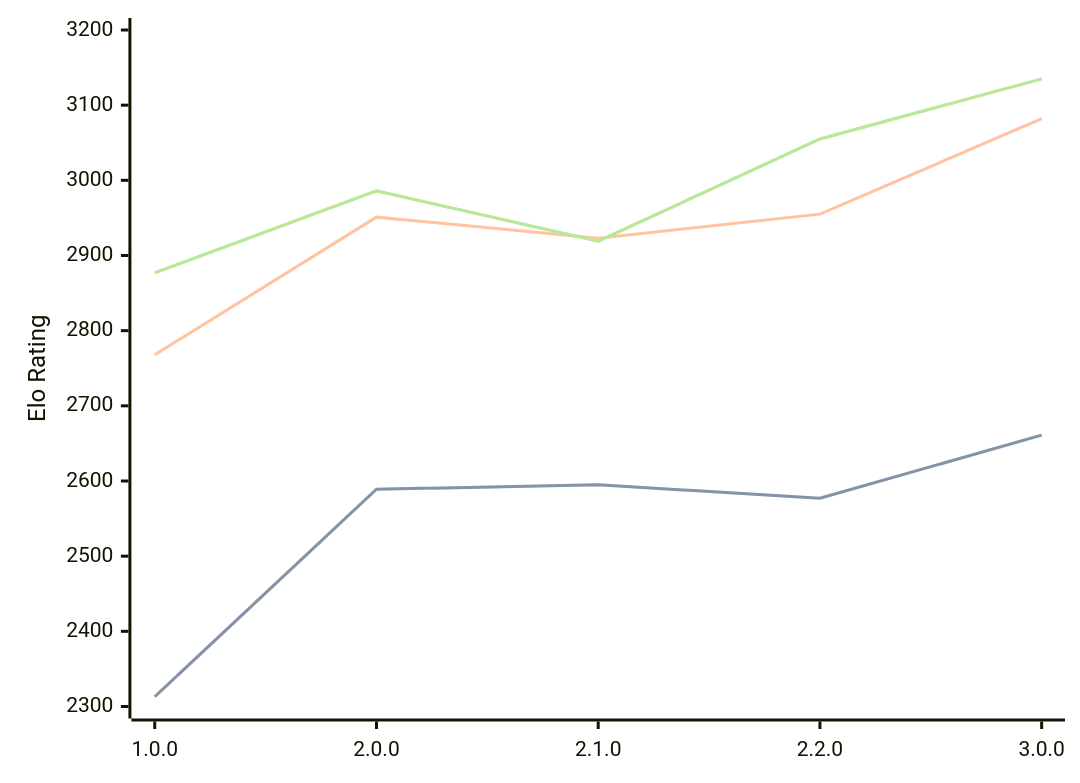
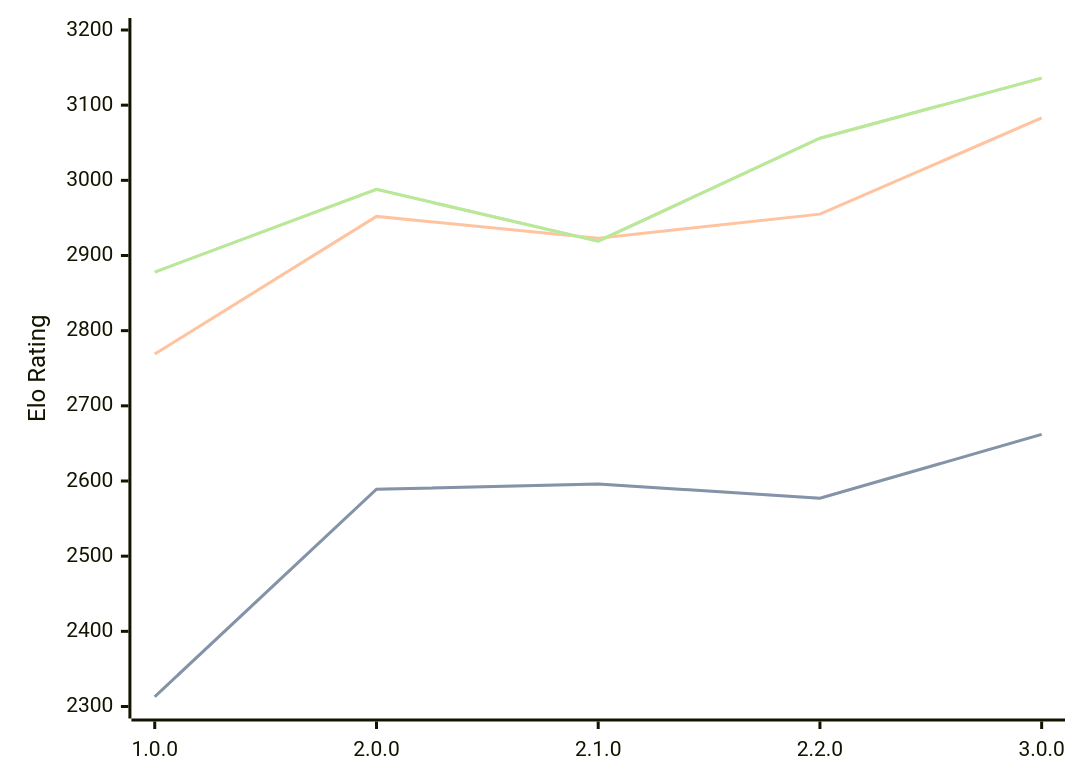
Before and after one commit to computer-chess-index/cci: the diagram in engines/Catalyst.md, drawn with Mermaid. The commit also changed other lines of this file, not shown here.

Commit message:
Update CCI Ratings (ELO VLTC) - 2026-09-13

````diff
--- a/engines/Catalyst.md
+++ b/engines/Catalyst.md
@@ -36,11 +36,11 @@
 ```mermaid
 %%{init: {"theme":"base","themeVariables":{"seriesColors:['#a3a3a3','#222221','#faa371']}}}%%
 xychart-beta
   x-axis ["1.0.0", "2.0.0", "2.1.0", "2.2.0", "3.0.0"]
   y-axis "Elo Rating" 2300 --> 3200
-  line "" [2313, 2589, 2595, 2577, 2661]
-  line "STC (8.0+0.08s)" [2313, 2589, 2595, 2577, 2661]
-  line "LTC (60.0+0.60s)" [2768, 2951, 2923, 2955, 3082]
-  line "" [2877, 2986, 2919, 3055, 3135]
-  line "VLTC (2m24s+1.12s)" [2877, 2986, 2919, 3055, 3135]
+  line "" [2313, 2589, 2596, 2577, 2662]
+  line "STC (8.0+0.08s)" [2313, 2589, 2596, 2577, 2662]
+  line "LTC (60.0+0.60s)" [2769, 2952, 2923, 2955, 3083]
+  line "" [2878, 2988, 2919, 3056, 3136]
+  line "VLTC (2m24s+1.12s)" [2878, 2988, 2919, 3056, 3136]
 ```
````
